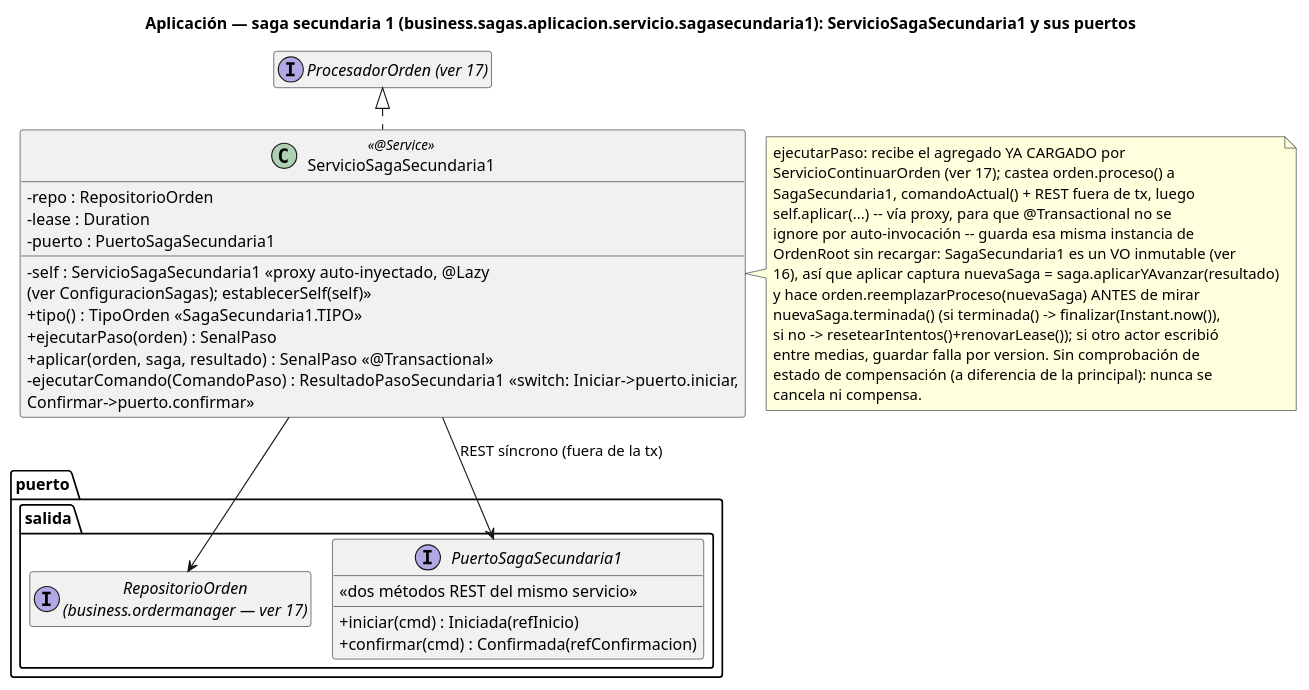
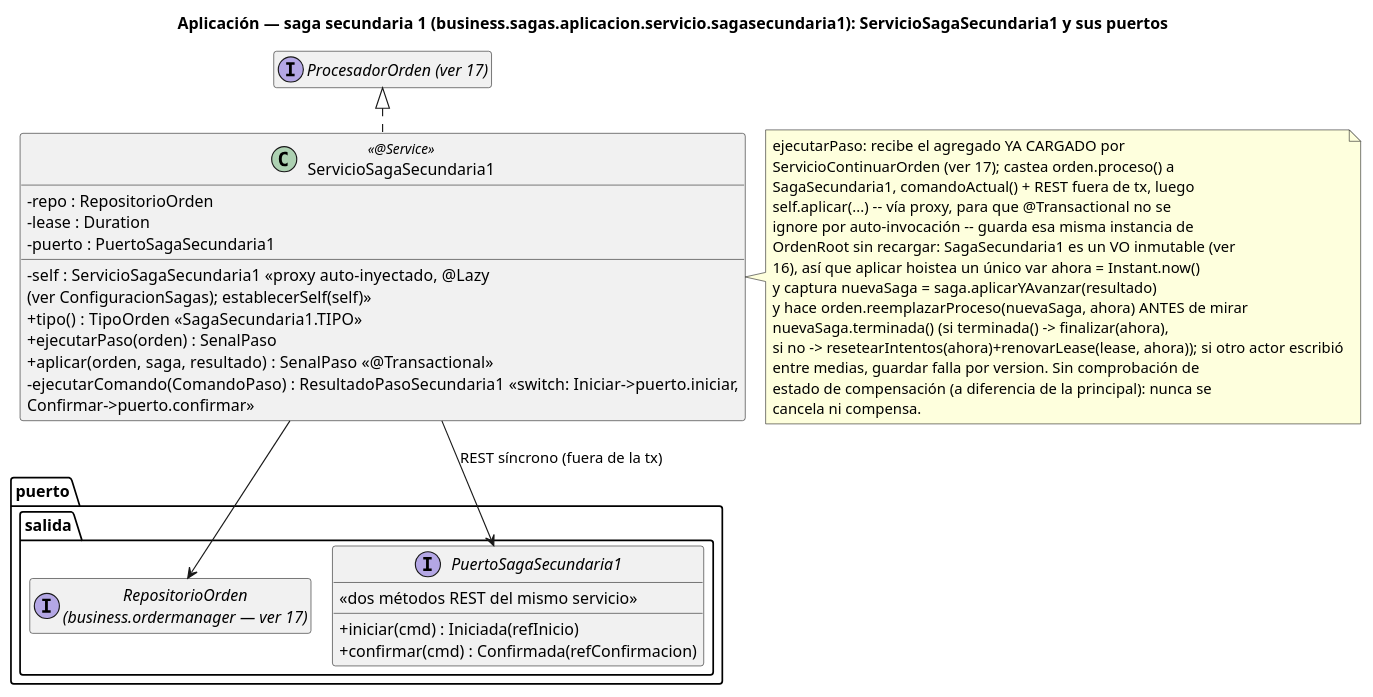
The diagram in order-manager/docs/19-clases-aplicacion-saga-secundaria1.puml (ralcazar/patrones), drawn with PlantUML before and after one commit. The commit also changed 56 other files, not shown here.

```diff
--- a/order-manager/docs/19-clases-aplicacion-saga-secundaria1.puml
+++ b/order-manager/docs/19-clases-aplicacion-saga-secundaria1.puml
@@ -1,47 +1,48 @@
 @startuml 19-clases-aplicacion-saga-secundaria1
 title Aplicación — saga secundaria 1 (business.sagas.aplicacion.servicio.sagasecundaria1): ServicioSagaSecundaria1 y sus puertos
 !pragma layout smetana
 hide empty members
 skinparam classAttributeIconSize 0
 
 interface "ProcesadorOrden (ver 17)" as Base
 
 class ServicioSagaSecundaria1 <<@Service>> {
   -repo : RepositorioOrden
   -lease : Duration
   -puerto : PuertoSagaSecundaria1
   -self : ServicioSagaSecundaria1  «proxy auto-inyectado, @Lazy\n(ver ConfiguracionSagas); establecerSelf(self)»
   +tipo() : TipoOrden  «SagaSecundaria1.TIPO»
   +ejecutarPaso(orden) : SenalPaso
   +aplicar(orden, saga, resultado) : SenalPaso  «@Transactional»
   -ejecutarComando(ComandoPaso) : ResultadoPasoSecundaria1  «switch: Iniciar->puerto.iniciar,\nConfirmar->puerto.confirmar»
 }
 note right of ServicioSagaSecundaria1
   ejecutarPaso: recibe el agregado YA CARGADO por
   ServicioContinuarOrden (ver 17); castea orden.proceso() a
   SagaSecundaria1, comandoActual() + REST fuera de tx, luego
   self.aplicar(...) -- vía proxy, para que @Transactional no se
   ignore por auto-invocación -- guarda esa misma instancia de
   OrdenRoot sin recargar: SagaSecundaria1 es un VO inmutable (ver
-  16), así que aplicar captura nuevaSaga = saga.aplicarYAvanzar(resultado)
-  y hace orden.reemplazarProceso(nuevaSaga) ANTES de mirar
-  nuevaSaga.terminada() (si terminada() -> finalizar(Instant.now()),
-  si no -> resetearIntentos()+renovarLease()); si otro actor escribió
+  16), así que aplicar hoistea un único var ahora = Instant.now()
+  y captura nuevaSaga = saga.aplicarYAvanzar(resultado)
+  y hace orden.reemplazarProceso(nuevaSaga, ahora) ANTES de mirar
+  nuevaSaga.terminada() (si terminada() -> finalizar(ahora),
+  si no -> resetearIntentos(ahora)+renovarLease(lease, ahora)); si otro actor escribió
   entre medias, guardar falla por version. Sin comprobación de
   estado de compensación (a diferencia de la principal): nunca se
   cancela ni compensa.
 end note
 
 package "puerto.salida" {
   interface "RepositorioOrden\n(business.ordermanager — ver 17)" as RepositorioOrden
   interface PuertoSagaSecundaria1 {
     +iniciar(cmd) : Iniciada(refInicio)
     +confirmar(cmd) : Confirmada(refConfirmacion)
     «dos métodos REST del mismo servicio»
   }
 }
 
 Base <|.. ServicioSagaSecundaria1
 ServicioSagaSecundaria1 --> RepositorioOrden
 ServicioSagaSecundaria1 --> PuertoSagaSecundaria1 : REST síncrono (fuera de la tx)
 @enduml
```
